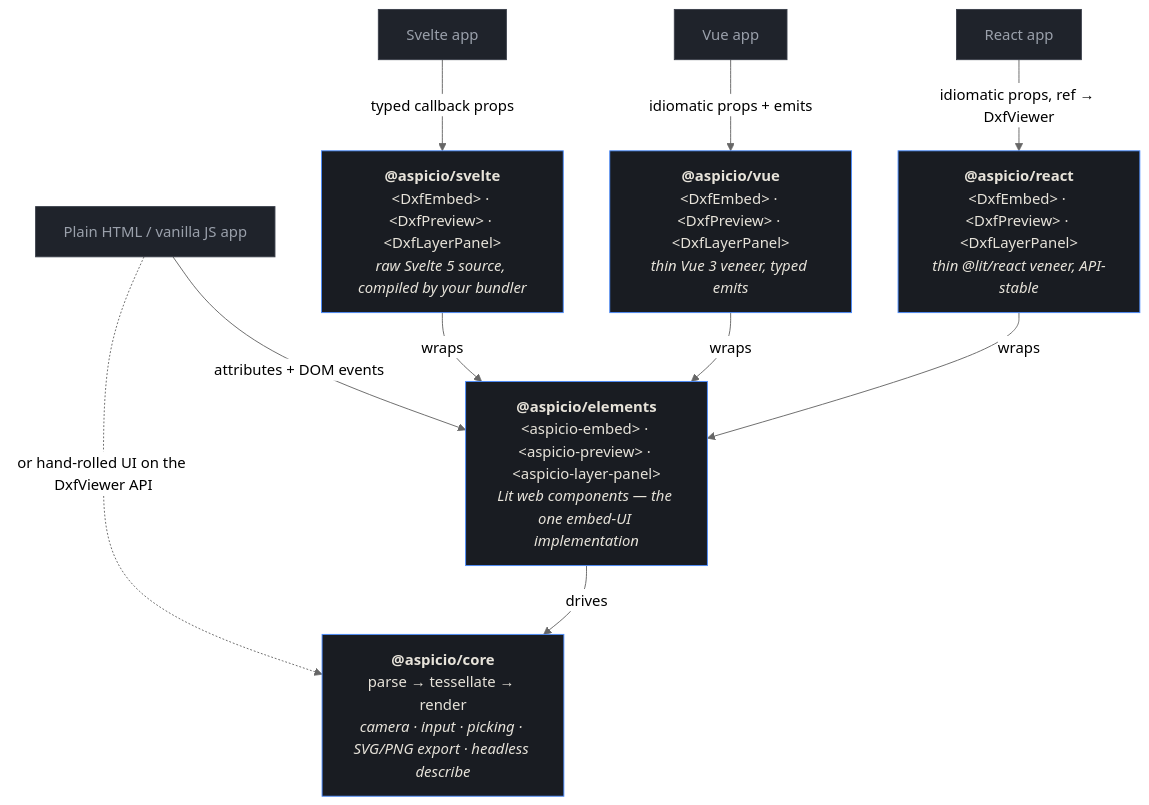
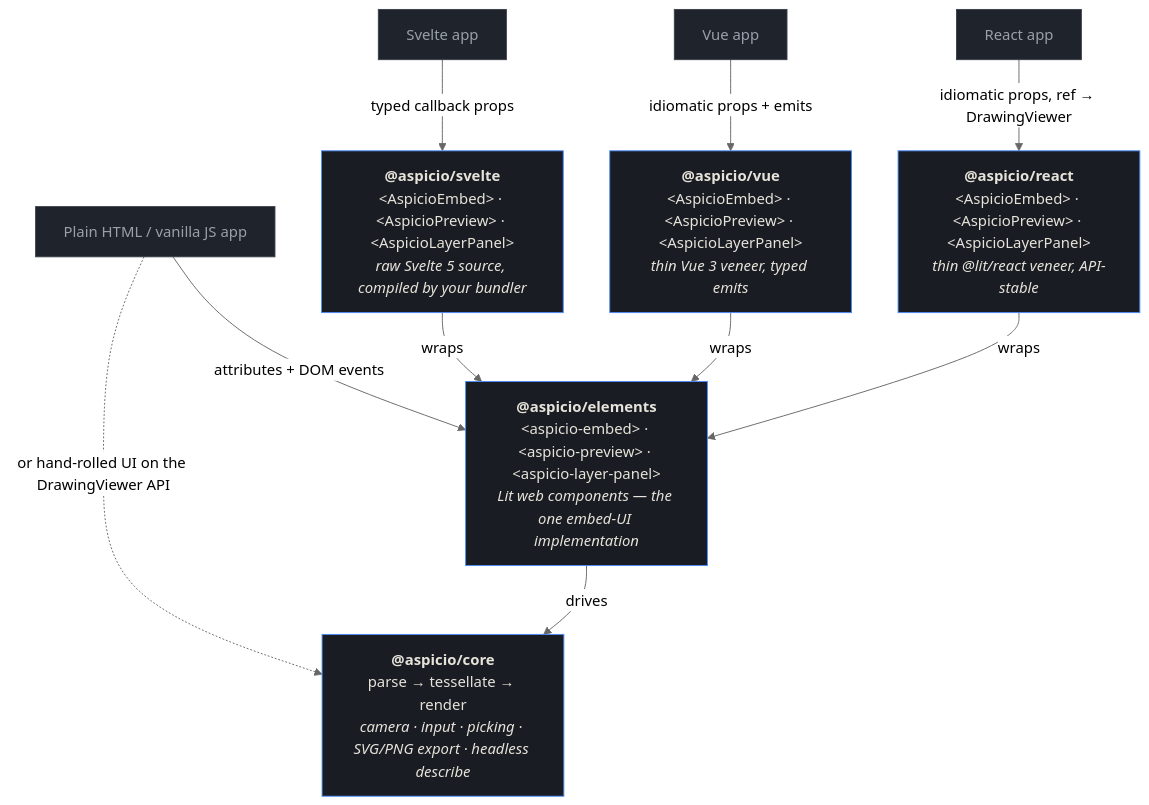
Before and after one commit to frontsail-ai/aspicio: the diagram in README.md, drawn with Mermaid (neutral theme). The commit also changed other lines of this file and 142 other files, not shown here.

````diff
--- a/README.md
+++ b/README.md
@@ -214,28 +226,28 @@
 ```mermaid
 flowchart TD
     REACTAPP["React app"]
     HTMLAPP["Plain HTML / vanilla JS app"]
     VUEAPP["Vue app"]
     SVELTEAPP["Svelte app"]
 
-    REACT["<b>@aspicio/react</b><br/>&lt;DxfEmbed&gt; · &lt;DxfPreview&gt; · &lt;DxfLayerPanel&gt;<br/><i>thin @lit/react veneer, API-stable</i>"]
-    VUE["<b>@aspicio/vue</b><br/>&lt;DxfEmbed&gt; · &lt;DxfPreview&gt; · &lt;DxfLayerPanel&gt;<br/><i>thin Vue 3 veneer, typed emits</i>"]
-    SVELTE["<b>@aspicio/svelte</b><br/>&lt;DxfEmbed&gt; · &lt;DxfPreview&gt; · &lt;DxfLayerPanel&gt;<br/><i>raw Svelte 5 source, compiled by your bundler</i>"]
+    REACT["<b>@aspicio/react</b><br/>&lt;AspicioEmbed&gt; · &lt;AspicioPreview&gt; · &lt;AspicioLayerPanel&gt;<br/><i>thin @lit/react veneer, API-stable</i>"]
+    VUE["<b>@aspicio/vue</b><br/>&lt;AspicioEmbed&gt; · &lt;AspicioPreview&gt; · &lt;AspicioLayerPanel&gt;<br/><i>thin Vue 3 veneer, typed emits</i>"]
+    SVELTE["<b>@aspicio/svelte</b><br/>&lt;AspicioEmbed&gt; · &lt;AspicioPreview&gt; · &lt;AspicioLayerPanel&gt;<br/><i>raw Svelte 5 source, compiled by your bundler</i>"]
     ELEMENTS["<b>@aspicio/elements</b><br/>&lt;aspicio-embed&gt; · &lt;aspicio-preview&gt; · &lt;aspicio-layer-panel&gt;<br/><i>Lit web components — the one embed-UI implementation</i>"]
     CORE["<b>@aspicio/core</b><br/>parse → tessellate → render<br/><i>camera · input · picking · SVG/PNG export · headless describe</i>"]
 
-    REACTAPP -->|"idiomatic props, ref → DxfViewer"| REACT
+    REACTAPP -->|"idiomatic props, ref → DrawingViewer"| REACT
     REACT -->|"wraps"| ELEMENTS
     HTMLAPP -->|"attributes + DOM events"| ELEMENTS
     VUEAPP -->|"idiomatic props + emits"| VUE
     VUE -->|"wraps"| ELEMENTS
     SVELTEAPP -->|"typed callback props"| SVELTE
     SVELTE -->|"wraps"| ELEMENTS
     ELEMENTS -->|"drives"| CORE
-    HTMLAPP -.->|"or hand-rolled UI on the DxfViewer API"| CORE
+    HTMLAPP -.->|"or hand-rolled UI on the DrawingViewer API"| CORE
 
     classDef pkg fill:#191c22,stroke:#4c8dff,color:#e7e3da
     classDef app fill:#1f232b,stroke:#3a3f4a,color:#9aa0ab
     class REACT,VUE,SVELTE,ELEMENTS,CORE pkg
     class REACTAPP,HTMLAPP,VUEAPP,SVELTEAPP app
 ```
````
